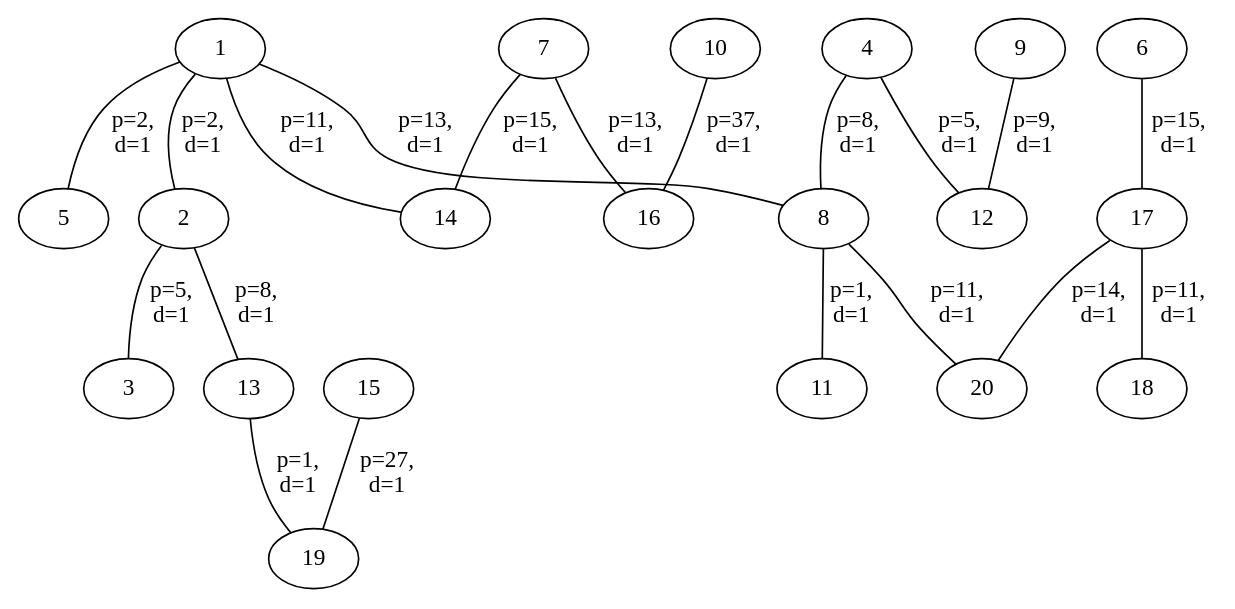
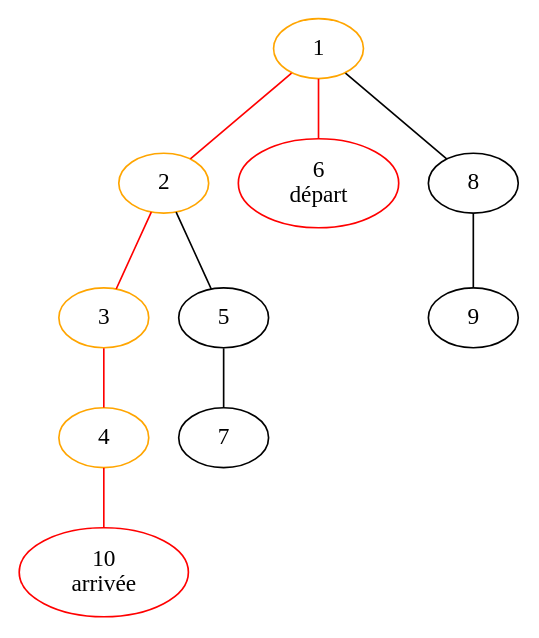
One commit to LilouSoulas/ensae-prog23 changed the diagram in apres kruskal.dot. Above: the diagram before and after it, drawn with Graphviz. The commit also changed 10 other files, not shown here.

```diff
--- a/apres kruskal.dot
+++ b/apres kruskal.dot
@@ -1,60 +1,23 @@
 graph {
-	1 [label=1]
-	1 -- 5 [label="p=2,
- d=1"]
-	1 -- 2 [label="p=2,
- d=1"]
-	1 -- 14 [label="p=11,
- d=1"]
-	1 -- 8 [label="p=13,
- d=1"]
-	2 [label=2]
-	2 -- 3 [label="p=5,
- d=1"]
-	2 -- 13 [label="p=8,
- d=1"]
-	3 [label=3]
-	4 [label=4]
-	4 -- 12 [label="p=5,
- d=1"]
-	4 -- 8 [label="p=8,
- d=1"]
+	1 [label="1 " color=orange]
+	1 -- 2 [color=red]
+	1 -- 6 [color=red]
+	1 -- 8
+	2 [label="2 " color=orange]
+	2 -- 3 [color=red]
+	2 -- 5
+	3 [label="3 " color=orange]
+	3 -- 4 [color=red]
+	4 [label="4 " color=orange]
+	4 -- 10 [color=red]
 	5 [label=5]
-	6 [label=6]
-	6 -- 17 [label="p=15,
- d=1"]
+	5 -- 7
+	6 [label="6 
+ départ" color=red]
 	7 [label=7]
-	7 -- 16 [label="p=13,
- d=1"]
-	7 -- 14 [label="p=15,
- d=1"]
 	8 [label=8]
-	8 -- 11 [label="p=1,
- d=1"]
-	8 -- 20 [label="p=11,
- d=1"]
+	8 -- 9
 	9 [label=9]
-	9 -- 12 [label="p=9,
- d=1"]
-	10 [label=10]
-	10 -- 16 [label="p=37,
- d=1"]
-	11 [label=11]
-	12 [label=12]
-	13 [label=13]
-	13 -- 19 [label="p=1,
- d=1"]
-	14 [label=14]
-	15 [label=15]
-	15 -- 19 [label="p=27,
- d=1"]
-	16 [label=16]
-	17 [label=17]
-	17 -- 18 [label="p=11,
- d=1"]
-	17 -- 20 [label="p=14,
- d=1"]
-	18 [label=18]
-	19 [label=19]
-	20 [label=20]
+	10 [label="10 
+ arrivée" color=red]
 }
```
